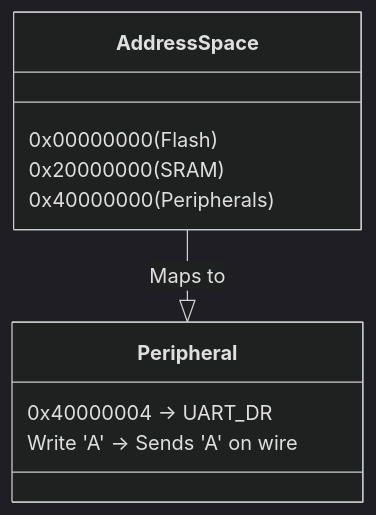
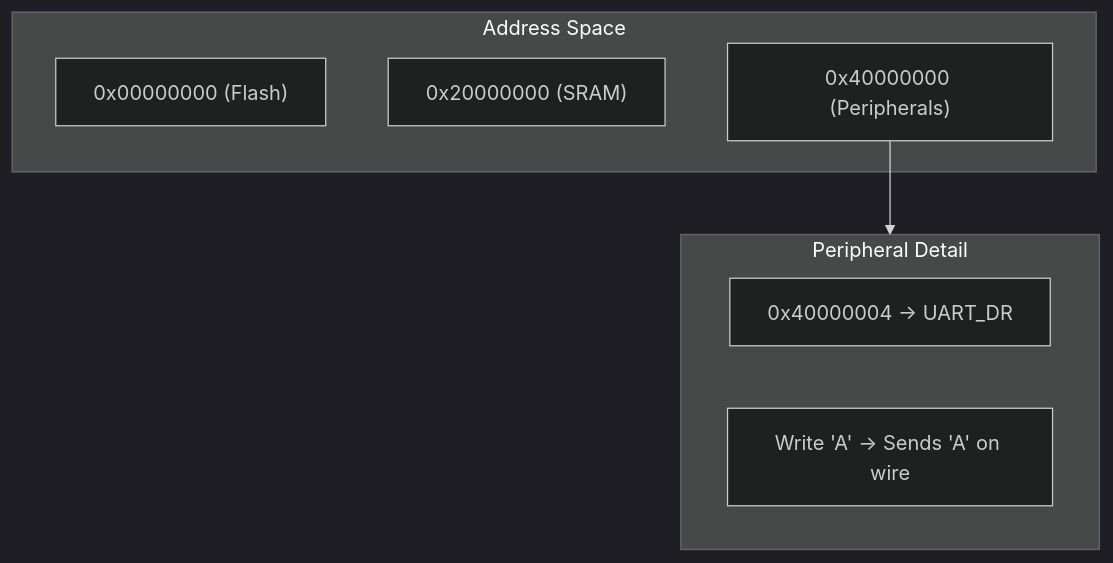
The sixth of 8 diagrams in embedded_interview_questions/03_memory_management.md (nagesh150/Programming_Practice), drawn with Mermaid (dark theme) before and after one commit. The commit also changed other lines of this file and 4 other files, not shown here.

Commit message:
Added fixes for mermaid

````diff
--- a/embedded_interview_questions/03_memory_management.md
+++ b/embedded_interview_questions/03_memory_management.md
@@ -161,13 +161,15 @@
 ```mermaid
-classDiagram
-    class AddressSpace {
-        0x00000000 (Flash)
-        0x20000000 (SRAM)
-        0x40000000 (Peripherals)
-    }
-    class Peripheral {
-        0x40000004 -> UART_DR
-        Write 'A' -> Sends 'A' on wire
-    }
-    AddressSpace --|> Peripheral : Maps to
+graph TD
+    subgraph AddressSpace [Address Space]
+        Flash["0x00000000 (Flash)"]
+        SRAM["0x20000000 (SRAM)"]
+        PeriphBase["0x40000000 (Peripherals)"]
+    end
+
+    subgraph Peripheral [Peripheral Detail]
+        UART_DR["0x40000004 -> UART_DR"]
+        Action["Write 'A' -> Sends 'A' on wire"]
+    end
+
+    PeriphBase --> Peripheral
 ```
````
